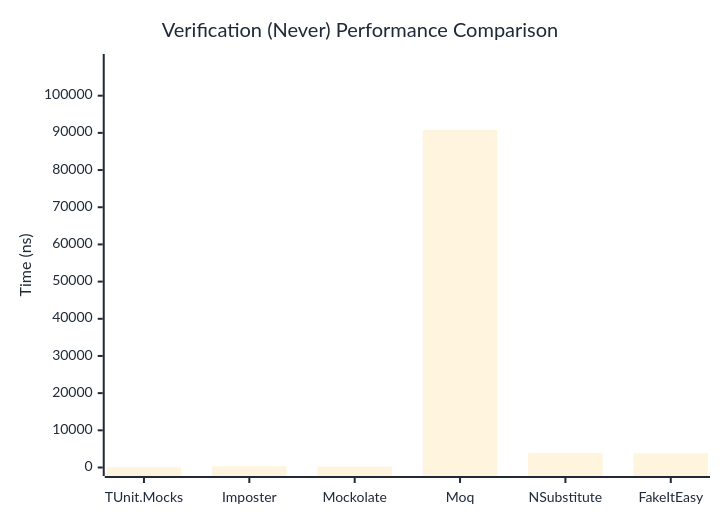
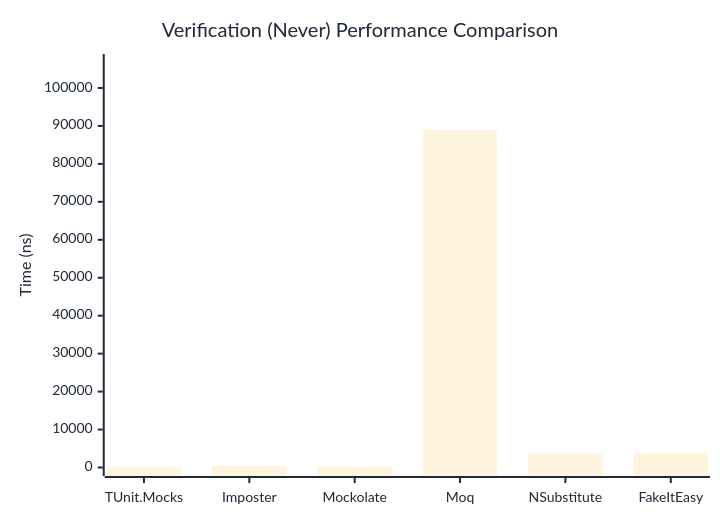
One commit to thomhurst/TUnit changed the second of 3 diagrams in docs/docs/benchmarks/mocks/Verification.md. Above: the diagram before and after it, drawn with Mermaid. The commit also changed other lines of this file and 14 other files, not shown here.

````diff
--- a/docs/docs/benchmarks/mocks/Verification.md
+++ b/docs/docs/benchmarks/mocks/Verification.md
@@ -71,27 +71,27 @@
 ```mermaid
 %%{init: {
   'theme':'base',
   'themeVariables': {
     'primaryColor': '#2563eb',
     'primaryTextColor': '#1f2937',
     'primaryBorderColor': '#1e40af',
     'lineColor': '#6b7280',
     'secondaryColor': '#7c3aed',
     'tertiaryColor': '#dc2626',
     'background': '#ffffff',
     'pie1': '#2563eb',
     'pie2': '#7c3aed',
     'pie3': '#dc2626',
     'pie4': '#f59e0b',
     'pie5': '#10b981',
     'pie6': '#06b6d4',
     'pie7': '#ec4899',
     'pie8': '#6366f1'
   }
 }}%%
 xychart-beta
   title "Verification (Never) Performance Comparison"
   x-axis ["TUnit.Mocks", "Imposter", "Mockolate", "Moq", "NSubstitute", "FakeItEasy"]
-  y-axis "Time (ns)" 0 --> 108925
-  bar [56.97, 352.6, 258.29, 90770.52, 3939.88, 3848.23]
+  y-axis "Time (ns)" 0 --> 106707
+  bar [60.02, 388.59, 265, 88922.07, 3710.28, 3893.22]
 ```
````
